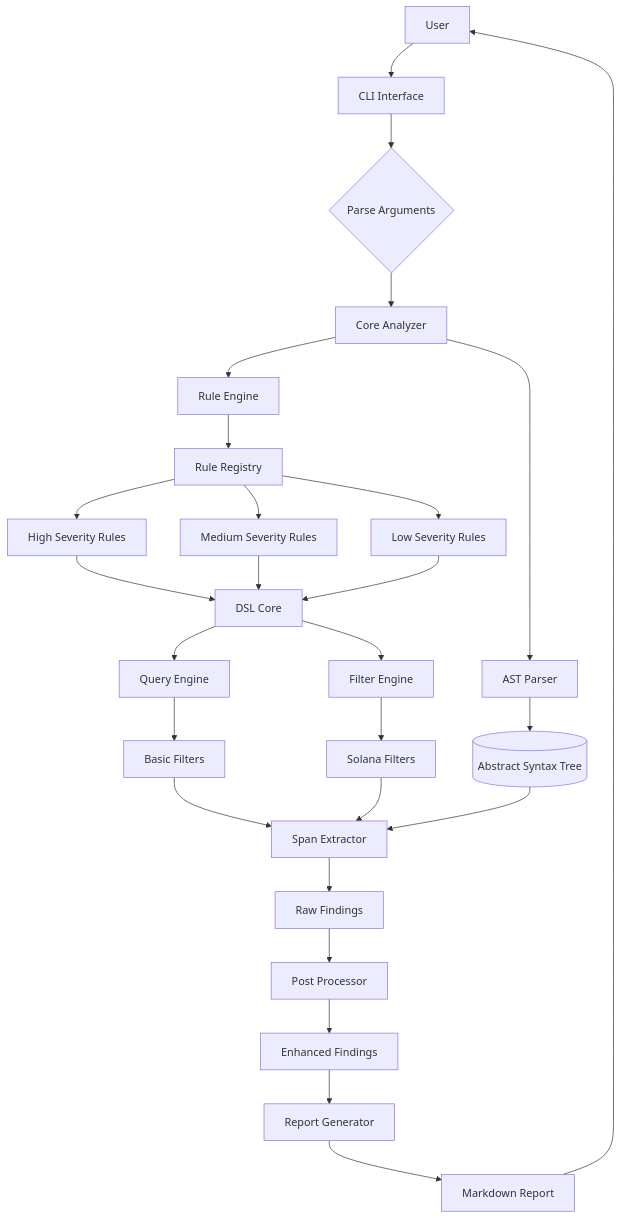
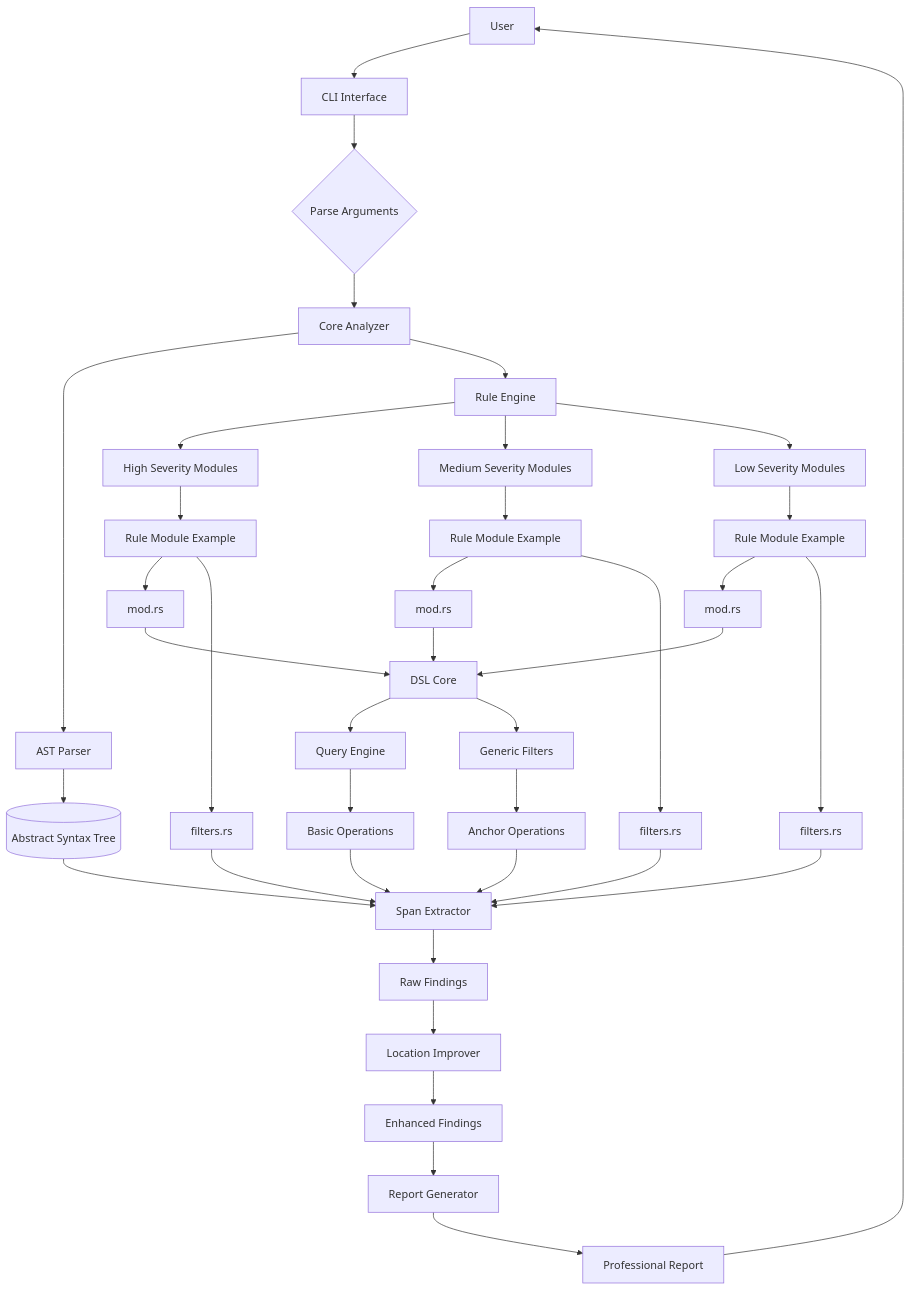
One commit to Naro-chain/Solana_Static_Analyzer changed the first of 6 diagrams in ARCHITECTURE.md. Above: the diagram before and after it, drawn with Mermaid. The commit also changed other lines of this file, not shown here.

Commit message:
docs: Update architecture documentation

````diff
--- a/ARCHITECTURE.md
+++ b/ARCHITECTURE.md
@@ -5,48 +5,59 @@
 ```mermaid
 flowchart TD
     %% Input Layer
     USER[User] --> CLI[CLI Interface]
     CLI --> ARGS{Parse Arguments}
     
     %% Core Processing Layer
     ARGS --> ANALYZER[Core Analyzer]
     ANALYZER --> PARSER[AST Parser]
     PARSER --> AST[(Abstract Syntax Tree)]
     
-    %% Rule Engine Layer
+    %% Modular Rule Engine
     ANALYZER --> ENGINE[Rule Engine]
-    ENGINE --> REGISTRY[Rule Registry]
+    ENGINE --> HIGH_MODS[High Severity Modules]
+    ENGINE --> MED_MODS[Medium Severity Modules] 
+    ENGINE --> LOW_MODS[Low Severity Modules]
     
-    %% Rule Categories
-    REGISTRY --> HIGH_RULES[High Severity Rules]
-    REGISTRY --> MED_RULES[Medium Severity Rules]
-    REGISTRY --> LOW_RULES[Low Severity Rules]
+    %% Example Rule Modules (one per category)
+    HIGH_MODS --> H_EXAMPLE[Rule Module Example]
+    MED_MODS --> M_EXAMPLE[Rule Module Example]
+    LOW_MODS --> L_EXAMPLE[Rule Module Example]
+    
+    H_EXAMPLE --> H_RULE[mod.rs]
+    H_EXAMPLE --> H_FILTER[filters.rs]
+    M_EXAMPLE --> M_RULE[mod.rs]
+    M_EXAMPLE --> M_FILTER[filters.rs]
+    L_EXAMPLE --> L_RULE[mod.rs]
+    L_EXAMPLE --> L_FILTER[filters.rs]
     
     %% DSL Processing
-    HIGH_RULES --> DSL_CORE[DSL Core]
-    MED_RULES --> DSL_CORE
-    LOW_RULES --> DSL_CORE
+    H_RULE --> DSL_CORE[DSL Core]
+    M_RULE --> DSL_CORE
+    L_RULE --> DSL_CORE
     
     DSL_CORE --> QUERY_ENGINE[Query Engine]
-    DSL_CORE --> FILTER_ENGINE[Filter Engine]
+    DSL_CORE --> GENERIC_FILTERS[Generic Filters]
     
     %% Analysis Components
-    QUERY_ENGINE --> BASIC_FILTERS[Basic Filters]
-    FILTER_ENGINE --> SOLANA_FILTERS[Solana Filters]
+    QUERY_ENGINE --> BASIC_OPS[Basic Operations]
+    GENERIC_FILTERS --> ANCHOR_OPS[Anchor Operations]
     
-    BASIC_FILTERS --> SPAN_EXTRACTOR[Span Extractor]
-    SOLANA_FILTERS --> SPAN_EXTRACTOR
+    BASIC_OPS --> SPAN_EXTRACTOR[Span Extractor]
+    ANCHOR_OPS --> SPAN_EXTRACTOR
+    H_FILTER --> SPAN_EXTRACTOR
+    M_FILTER --> SPAN_EXTRACTOR
+    L_FILTER --> SPAN_EXTRACTOR
     
     %% Results Processing
     SPAN_EXTRACTOR --> FINDINGS[Raw Findings]
-    FINDINGS --> POST_PROCESSOR[Post Processor]
+    FINDINGS --> POST_PROCESSOR[Location Improver]
     POST_PROCESSOR --> ENHANCED_FINDINGS[Enhanced Findings]
     
     %% Output Layer
     ENHANCED_FINDINGS --> REPORTER[Report Generator]
-    REPORTER --> OUTPUT[Markdown Report]
+    REPORTER --> OUTPUT[Professional Report]
     OUTPUT --> USER
     
-    %% Data Store
     AST --> SPAN_EXTRACTOR
 ```
````
